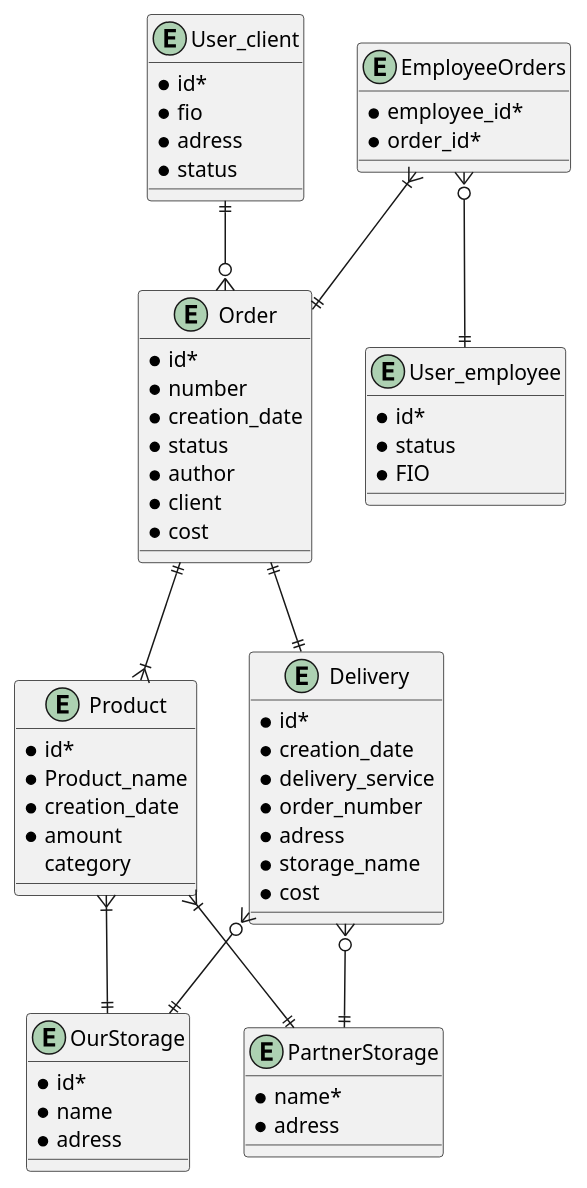
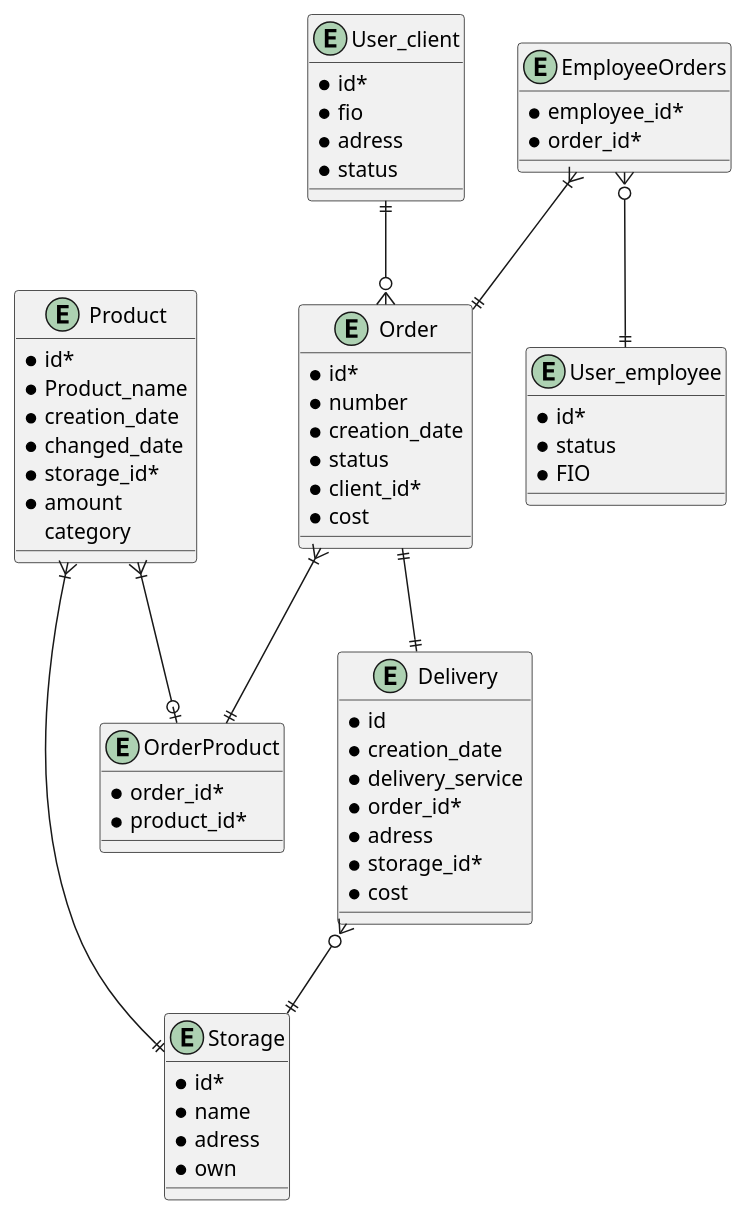
One commit to DitSoGD/Golturenko_analytics_practice changed the diagram in crowsfoot.puml. Above: the diagram before and after it, drawn with PlantUML. The commit also changed 2 other files, not shown here.

Commit message:
Доработка Crow's foot. Полуготовая диаграмма NoSQL

```diff
--- a/crowsfoot.puml
+++ b/crowsfoot.puml
@@ -1,64 +1,64 @@
 @startuml
 entity Product {
   * id*
   * Product_name
   * creation_date
+  * changed_date
+  * storage_id*
   * amount
   category
   
 }
 entity User_employee {
   * id*
   * status
   * FIO
 }
 entity User_client {
   * id*
   * fio
   * adress
   * status
 }
 entity Order {
   * id*
   * number
   * creation_date
   * status
-  * author
-  * client
+  * client_id*
   * cost
 }
-entity OurStorage {
+entity OrderProduct {
+  * order_id*
+  * product_id*
+}
+entity Storage {
   * id*
   * name
   * adress
-  
+  * own  
 }
 entity Delivery {
-  * id*
+  * id
   * creation_date
   * delivery_service
-  * order_number
+  * order_id*
   * adress
-  * storage_name
+  * storage_id*
   * cost
-}
-entity PartnerStorage {
-  * name*
-  * adress
 }
 entity EmployeeOrders {
   * employee_id*
   * order_id*
 }
 
 User_client ||--o{ Order
 Order ||--|| Delivery
-Order ||--|{ Product
-Product }|--|| OurStorage
-Product }|--|| PartnerStorage
+Order }|--|| OrderProduct
+Product }|--o| OrderProduct
+Product }|--|| Storage
 EmployeeOrders }o--|| User_employee
 EmployeeOrders }|--|| Order
-Delivery }o--|| OurStorage
-Delivery }o--|| PartnerStorage
+Delivery }o--|| Storage
 
 @enduml
```
